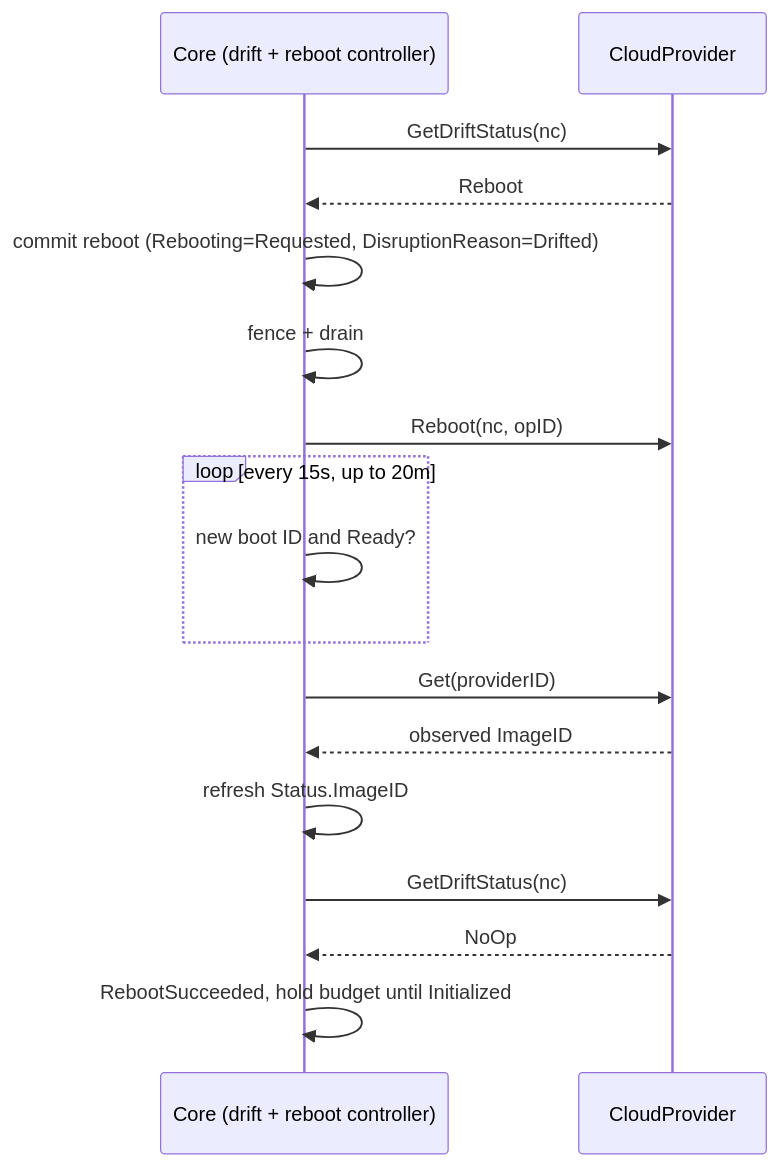
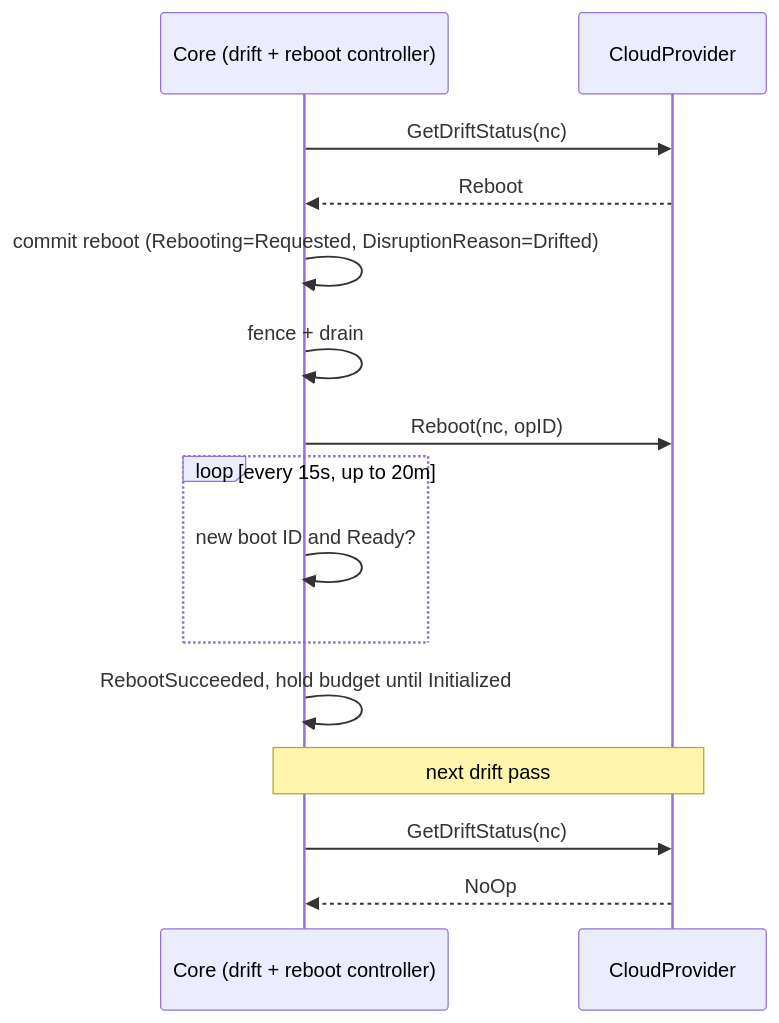
The diagram in designs/in-place-drift-remediation.md (kubernetes-sigs/karpenter), drawn with Mermaid before and after one commit. The commit also changed other lines of this file, not shown here.

Commit message:
docs: keep reboot lifecycle reason-agnostic, return DriftReason, drop feature gate

````diff
--- a/designs/in-place-drift-remediation.md
+++ b/designs/in-place-drift-remediation.md
@@ -58,19 +65,17 @@
 ```mermaid
 sequenceDiagram
     participant Core as Core (drift + reboot controller)
     participant CP as CloudProvider
     Core->>CP: GetDriftStatus(nc)
     CP-->>Core: Reboot
     Core->>Core: commit reboot (Rebooting=Requested, DisruptionReason=Drifted)
     Core->>Core: fence + drain
     Core->>CP: Reboot(nc, opID)
     loop every 15s, up to 20m
         Core->>Core: new boot ID and Ready?
     end
-    Core->>CP: Get(providerID)
-    CP-->>Core: observed ImageID
-    Core->>Core: refresh Status.ImageID
+    Core->>Core: RebootSucceeded, hold budget until Initialized
+    Note over Core,CP: next drift pass
     Core->>CP: GetDriftStatus(nc)
     CP-->>Core: NoOp
-    Core->>Core: RebootSucceeded, hold budget until Initialized
 ```
````
